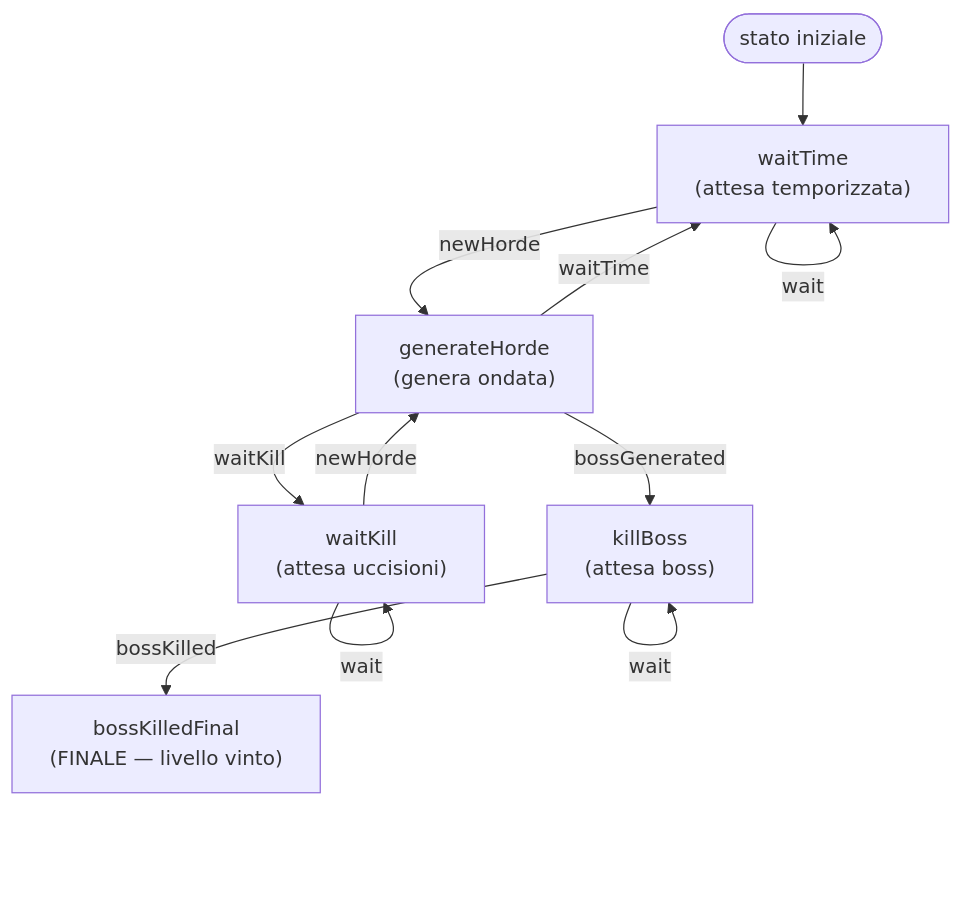
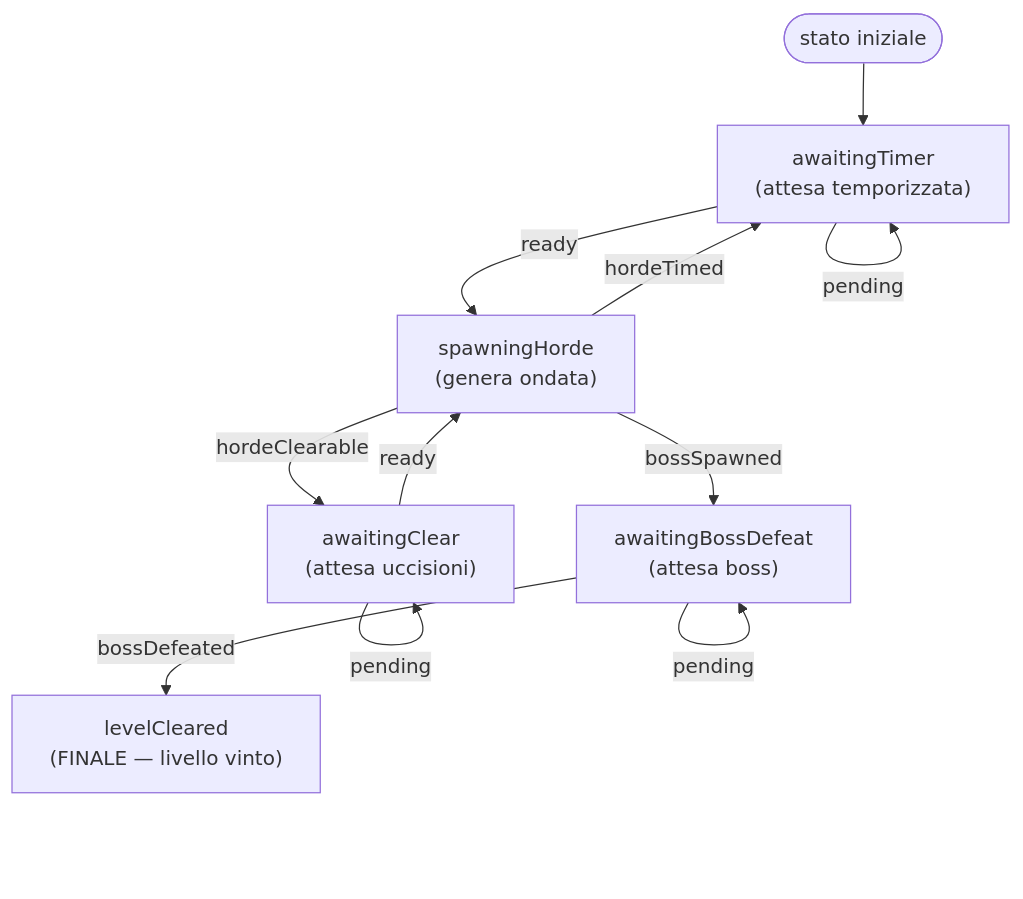
One commit to alesky78/TigerSupply changed the seventh of 7 diagrams in documentation/subsystems/enemy-spawn-lifecycle/index.md. Above: the diagram before and after it, drawn with Mermaid. The commit also changed other lines of this file and 17 other files, not shown here.

````diff
--- a/documentation/subsystems/enemy-spawn-lifecycle/index.md
+++ b/documentation/subsystems/enemy-spawn-lifecycle/index.md
@@ -350,13 +350,13 @@
 ```mermaid
 flowchart TD
-    START([stato iniziale]) --> WT["waitTime<br/>(attesa temporizzata)"]
-    WT -->|wait| WT
-    WT -->|newHorde| GH["generateHorde<br/>(genera ondata)"]
-    WK["waitKill<br/>(attesa uccisioni)"] -->|wait| WK
-    WK -->|newHorde| GH
-    GH -->|waitTime| WT
-    GH -->|waitKill| WK
-    GH -->|bossGenerated| KB["killBoss<br/>(attesa boss)"]
-    KB -->|wait| KB
-    KB -->|bossKilled| BK["bossKilledFinal<br/>(FINALE — livello vinto)"]
+    START([stato iniziale]) --> WT["awaitingTimer<br/>(attesa temporizzata)"]
+    WT -->|pending| WT
+    WT -->|ready| GH["spawningHorde<br/>(genera ondata)"]
+    WK["awaitingClear<br/>(attesa uccisioni)"] -->|pending| WK
+    WK -->|ready| GH
+    GH -->|hordeTimed| WT
+    GH -->|hordeClearable| WK
+    GH -->|bossSpawned| KB["awaitingBossDefeat<br/>(attesa boss)"]
+    KB -->|pending| KB
+    KB -->|bossDefeated| BK["levelCleared<br/>(FINALE — livello vinto)"]
 ```
````
